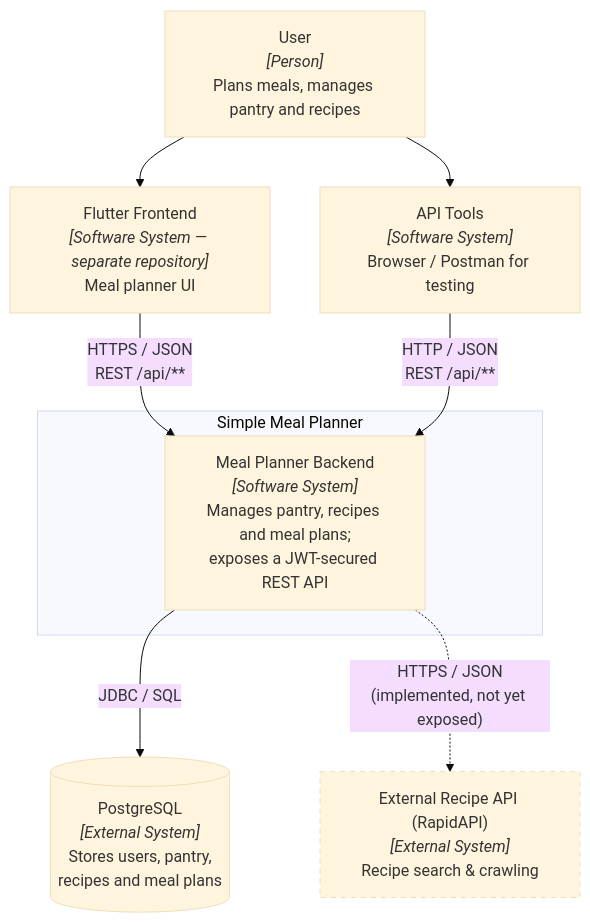
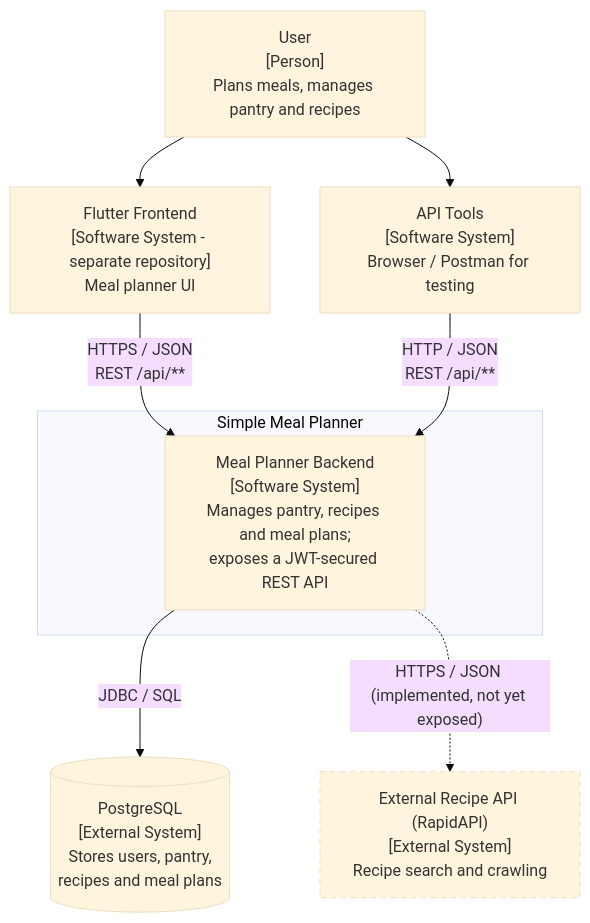
The diagram in docs/diagrams/c1-system-context.md (hsd-inflab/simple-meal-planner), drawn with Mermaid (base theme) before and after one commit. The commit also changed 2 other files, not shown here.

Commit message:
fixed diagrams

````diff
--- a/docs/diagrams/c1-system-context.md
+++ b/docs/diagrams/c1-system-context.md
@@ -8,23 +8,23 @@
 ```mermaid
 graph TB
-    user["User<br/><i>[Person]</i><br/>Plans meals, manages pantry and recipes"]
-    client["Flutter Frontend<br/><i>[Software System — separate repository]</i><br/>Meal planner UI"]
-    tools["API Tools<br/><i>[Software System]</i><br/>Browser / Postman for testing"]
+    user["User<br/>[Person]<br/>Plans meals, manages pantry and recipes"]
+    client["Flutter Frontend<br/>[Software System - separate repository]<br/>Meal planner UI"]
+    tools["API Tools<br/>[Software System]<br/>Browser / Postman for testing"]
 
     subgraph smp["Simple Meal Planner"]
-        backend["Meal Planner Backend<br/><i>[Software System]</i><br/>Manages pantry, recipes and meal plans;<br/>exposes a JWT-secured REST API"]
+        backend["Meal Planner Backend<br/>[Software System]<br/>Manages pantry, recipes and meal plans;<br/>exposes a JWT-secured REST API"]
     end
 
-    db[("PostgreSQL<br/><i>[External System]</i><br/>Stores users, pantry,<br/>recipes and meal plans")]
-    recipeApi["External Recipe API (RapidAPI)<br/><i>[External System]</i><br/>Recipe search &amp; crawling"]
+    db[("PostgreSQL<br/>[External System]<br/>Stores users, pantry,<br/>recipes and meal plans")]
+    recipeApi["External Recipe API (RapidAPI)<br/>[External System]<br/>Recipe search and crawling"]
 
     user --> client
     user --> tools
     client -->|"HTTPS / JSON<br/>REST /api/**"| backend
     tools -->|"HTTP / JSON<br/>REST /api/**"| backend
     backend -->|"JDBC / SQL"| db
-    backend -.->|"HTTPS / JSON<br/>(implemented, not yet exposed)"| recipeApi
+    backend -.->|"HTTPS / JSON (implemented, not yet exposed)"| recipeApi
 
     classDef planned stroke-dasharray: 5 5;
     class recipeApi planned;
 ```
````
